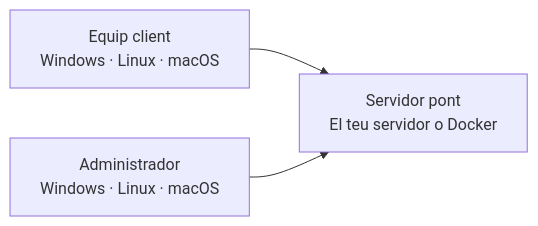
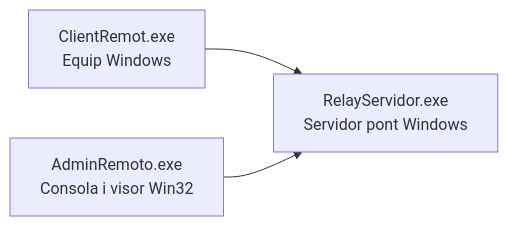
One commit to jaanque/Gecko changed the diagram in README.md. Above: the diagram before and after it, drawn with Mermaid. The commit also changed other lines of this file and 4 other files, not shown here.

````diff
--- a/README.md
+++ b/README.md
@@ -35,5 +35,5 @@
 ```mermaid
 flowchart LR
-    C["Equip client<br/>Windows · Linux · macOS"] --> R["Servidor pont<br/>El teu servidor o Docker"]
-    A["Administrador<br/>Windows · Linux · macOS"] --> R
+    C["ClientRemot.exe<br/>Equip Windows"] --> R["RelayServidor.exe<br/>Servidor pont Windows"]
+    A["AdminRemoto.exe<br/>Consola i visor Win32"] --> R
 ```
````
